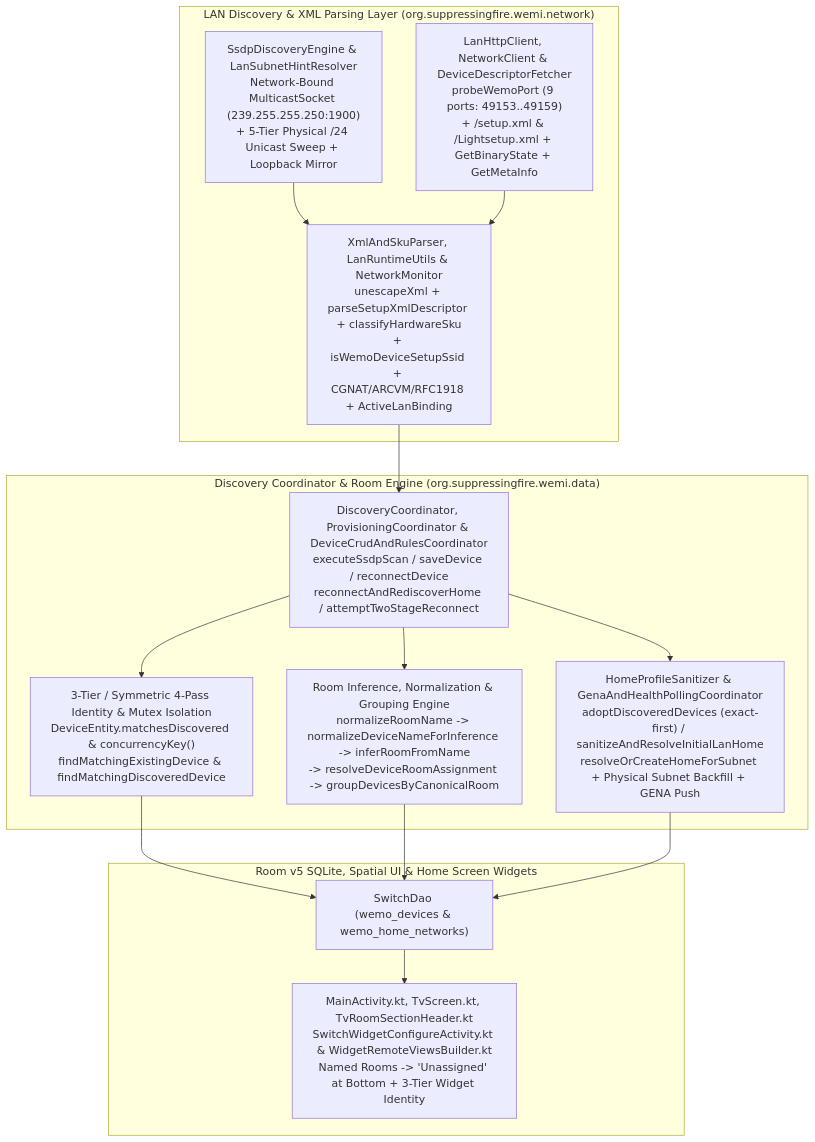
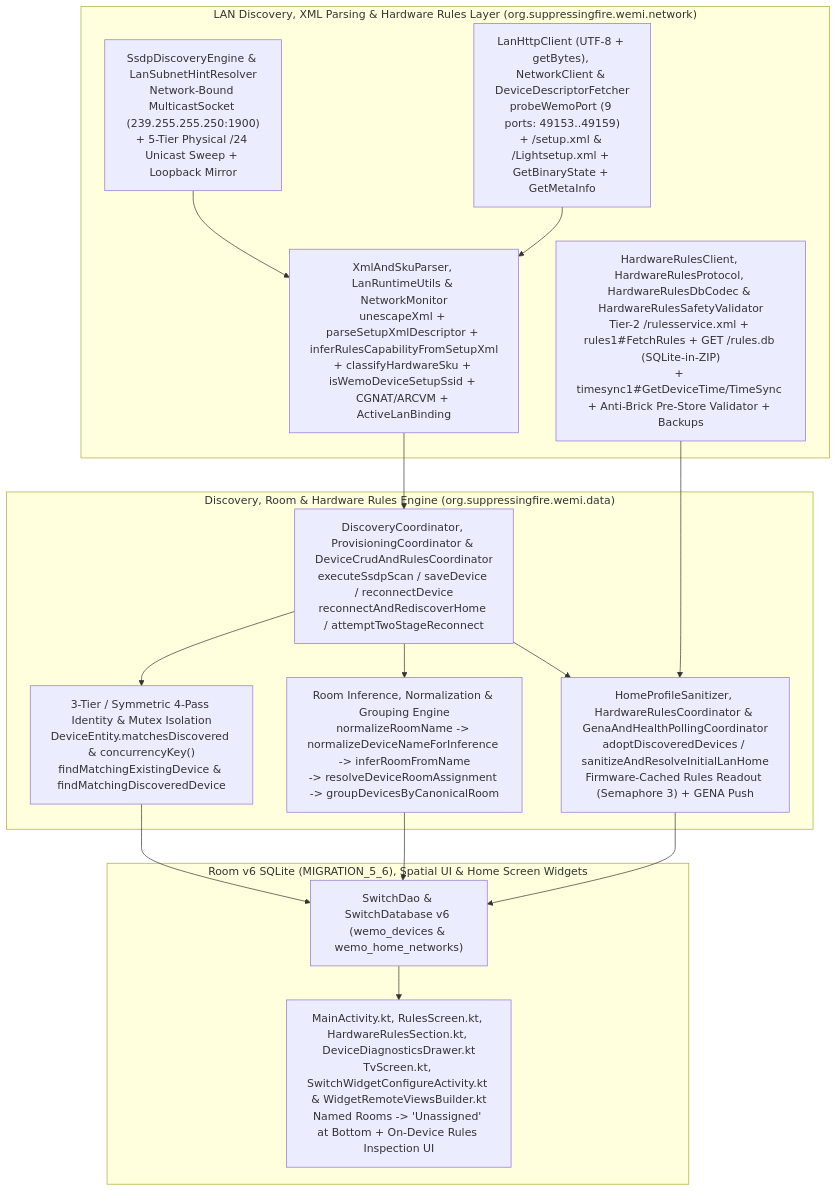
The diagram in DISCOVERY_AND_ROOM_GROUPING.md (MichaelRHead/WeMi-light-control), drawn with Mermaid before and after one commit. The commit also changed other lines of this file and 32 other files, not shown here.

First line of the commit message:
feat(rules): add on-device switch rule detection and read-only view

````diff
--- a/DISCOVERY_AND_ROOM_GROUPING.md
+++ b/DISCOVERY_AND_ROOM_GROUPING.md
@@ -40,31 +43,33 @@
 ```mermaid
 flowchart TD
-    subgraph Network["LAN Discovery & XML Parsing Layer (org.suppressingfire.wemi.network)"]
+    subgraph Network["LAN Discovery, XML Parsing & Hardware Rules Layer (org.suppressingfire.wemi.network)"]
         SSDP["SsdpDiscoveryEngine & LanSubnetHintResolver\nNetwork-Bound MulticastSocket (239.255.255.250:1900)\n+ 5-Tier Physical /24 Unicast Sweep + Loopback Mirror"]
-        XML["XmlAndSkuParser, LanRuntimeUtils & NetworkMonitor\nunescapeXml + parseSetupXmlDescriptor + classifyHardwareSku\n+ isWemoDeviceSetupSsid + CGNAT/ARCVM/RFC1918 + ActiveLanBinding"]
-        PORT["LanHttpClient, NetworkClient & DeviceDescriptorFetcher\nprobeWemoPort (9 ports: 49153..49159)\n+ /setup.xml & /Lightsetup.xml + GetBinaryState + GetMetaInfo"]
+        XML["XmlAndSkuParser, LanRuntimeUtils & NetworkMonitor\nunescapeXml + parseSetupXmlDescriptor + inferRulesCapabilityFromSetupXml\n+ classifyHardwareSku + isWemoDeviceSetupSsid + CGNAT/ARCVM + ActiveLanBinding"]
+        PORT["LanHttpClient (UTF-8 + getBytes), NetworkClient & DeviceDescriptorFetcher\nprobeWemoPort (9 ports: 49153..49159)\n+ /setup.xml & /Lightsetup.xml + GetBinaryState + GetMetaInfo"]
+        HWRULES["HardwareRulesClient, HardwareRulesProtocol, HardwareRulesDbCodec & HardwareRulesSafetyValidator\nTier-2 /rulesservice.xml + rules1#FetchRules + GET /rules.db (SQLite-in-ZIP)\n+ timesync1#GetDeviceTime/TimeSync + Anti-Brick Pre-Store Validator + Backups"]
     end
 
-    subgraph Coordinator["Discovery Coordinator & Room Engine (org.suppressingfire.wemi.data)"]
+    subgraph Coordinator["Discovery, Room & Hardware Rules Engine (org.suppressingfire.wemi.data)"]
         COORD["DiscoveryCoordinator, ProvisioningCoordinator & DeviceCrudAndRulesCoordinator\nexecuteSsdpScan / saveDevice / reconnectDevice\nreconnectAndRediscoverHome / attemptTwoStageReconnect"]
         MATCH["3-Tier / Symmetric 4-Pass Identity & Mutex Isolation\nDeviceEntity.matchesDiscovered & concurrencyKey()\nfindMatchingExistingDevice & findMatchingDiscoveredDevice"]
         ROOM["Room Inference, Normalization & Grouping Engine\nnormalizeRoomName -> normalizeDeviceNameForInference -> inferRoomFromName\n-> resolveDeviceRoomAssignment -> groupDevicesByCanonicalRoom"]
-        HOME["HomeProfileSanitizer & GenaAndHealthPollingCoordinator\nadoptDiscoveredDevices (exact-first) / sanitizeAndResolveInitialLanHome\nresolveOrCreateHomeForSubnet + Physical Subnet Backfill + GENA Push"]
+        HOME["HomeProfileSanitizer, HardwareRulesCoordinator & GenaAndHealthPollingCoordinator\nadoptDiscoveredDevices / sanitizeAndResolveInitialLanHome\nFirmware-Cached Rules Readout (Semaphore 3) + GENA Push"]
     end
 
-    subgraph StorageUI["Room v5 SQLite, Spatial UI & Home Screen Widgets"]
-        DB["SwitchDao (wemo_devices & wemo_home_networks)"]
-        SORT["MainActivity.kt, TvScreen.kt, TvRoomSectionHeader.kt\nSwitchWidgetConfigureActivity.kt & WidgetRemoteViewsBuilder.kt\nNamed Rooms -> 'Unassigned' at Bottom + 3-Tier Widget Identity"]
+    subgraph StorageUI["Room v6 SQLite (MIGRATION_5_6), Spatial UI & Home Screen Widgets"]
+        DB["SwitchDao & SwitchDatabase v6 (wemo_devices & wemo_home_networks)"]
+        SORT["MainActivity.kt, RulesScreen.kt, HardwareRulesSection.kt, DeviceDiagnosticsDrawer.kt\nTvScreen.kt, SwitchWidgetConfigureActivity.kt & WidgetRemoteViewsBuilder.kt\nNamed Rooms -> 'Unassigned' at Bottom + On-Device Rules Inspection UI"]
     end
 
     SSDP --> XML
     PORT --> XML
     XML --> COORD
+    HWRULES --> HOME
     COORD --> MATCH
     COORD --> ROOM
     COORD --> HOME
     MATCH --> DB
     ROOM --> DB
     HOME --> DB
     DB --> SORT
 ```
````
